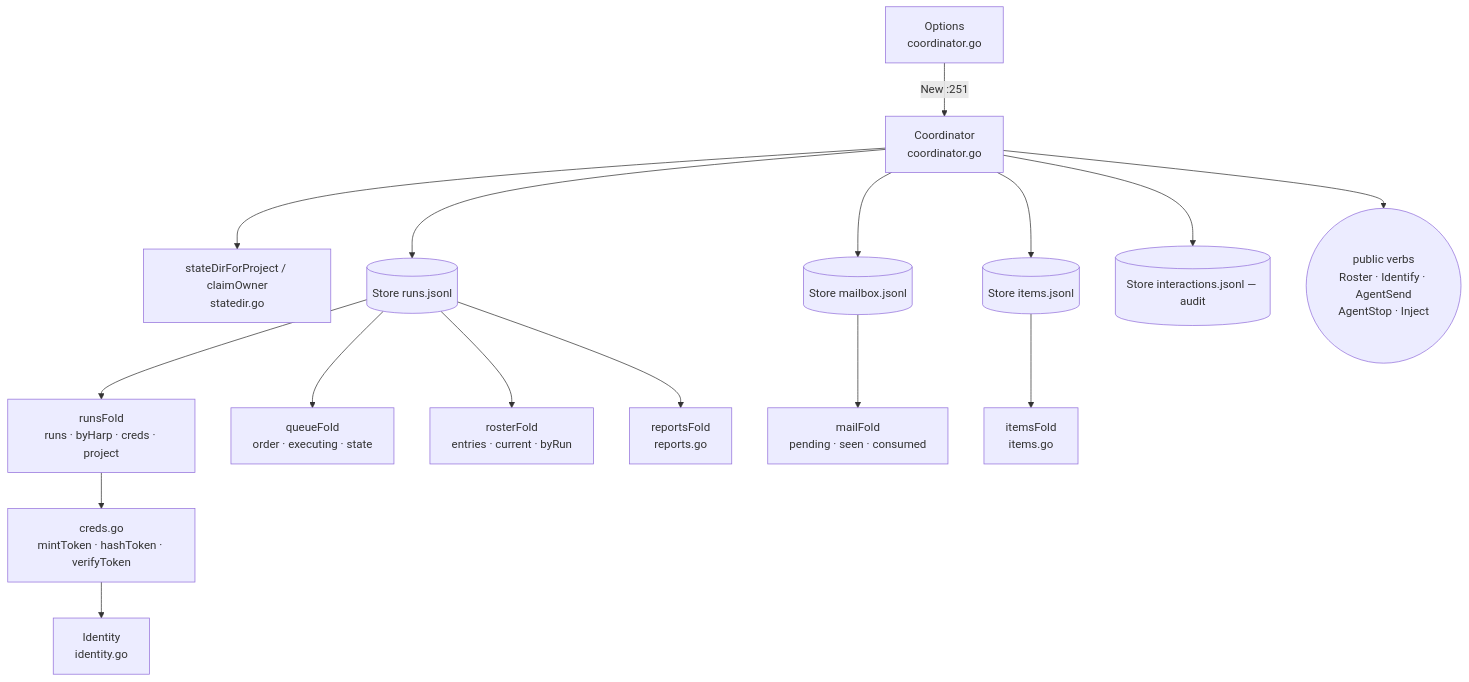
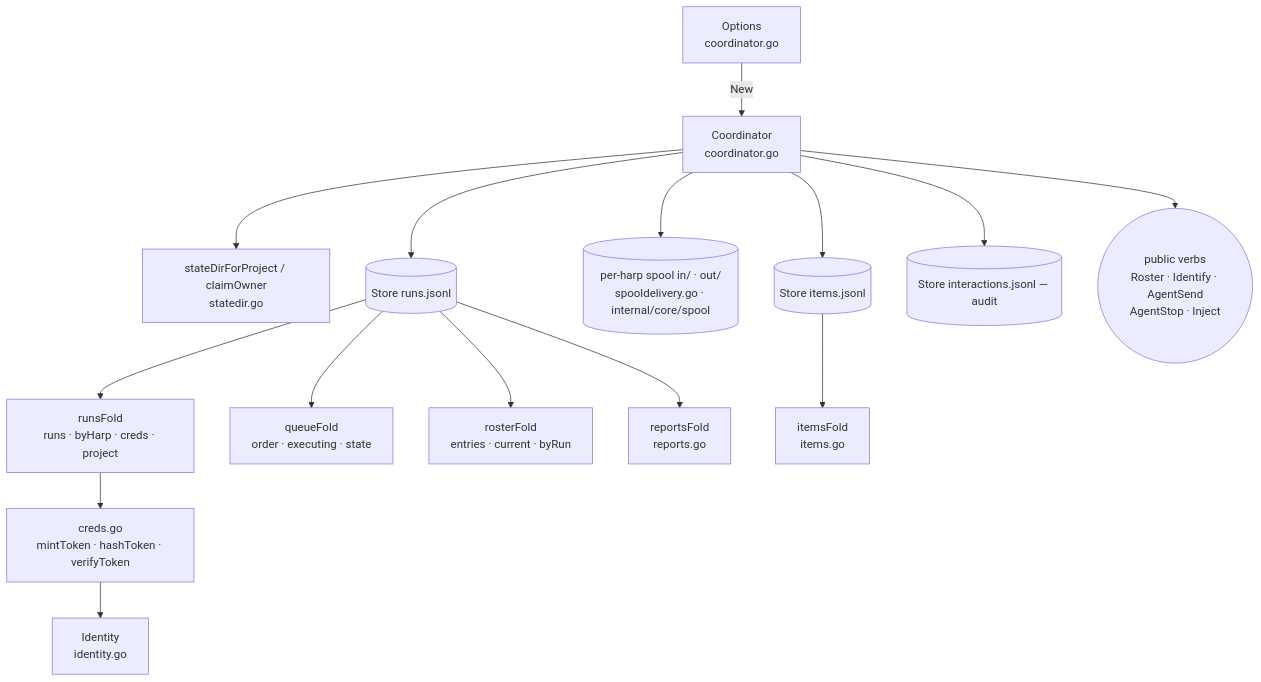
One commit to ctxloom/ctxloom changed the diagram in docs/architecture/agentcoord/coordinator-core.md. Above: the diagram before and after it, drawn with Mermaid. The commit also changed other lines of this file, not shown here.

First line of the commit message:
docs(coord): drop the mailbox store from coordinator-core; the spool replaces it

````diff
--- a/docs/architecture/agentcoord/coordinator-core.md
+++ b/docs/architecture/agentcoord/coordinator-core.md
@@ -14,18 +14,17 @@
 ```mermaid
 flowchart TD
-  OPT["Options<br/>coordinator.go"] -->|New :251| C["Coordinator<br/>coordinator.go"]
+  OPT["Options<br/>coordinator.go"] -->|New| C["Coordinator<br/>coordinator.go"]
   C --> SD["stateDirForProject / claimOwner<br/>statedir.go"]
   C --> RS[("Store runs.jsonl")]
-  C --> MS[("Store mailbox.jsonl")]
+  C --> SP[("per-harp spool in/ · out/<br/>spooldelivery.go · internal/core/spool")]
   C --> IS[("Store items.jsonl")]
   C --> AS[("Store interactions.jsonl — audit")]
   RS --> RF["runsFold<br/>runs · byHarp · creds · project"]
   RS --> QF["queueFold<br/>order · executing · state"]
   RS --> RoF["rosterFold<br/>entries · current · byRun"]
   RS --> RepF["reportsFold<br/>reports.go"]
-  MS --> MF["mailFold<br/>pending · seen · consumed"]
   IS --> IF["itemsFold<br/>items.go"]
   RF --> CR["creds.go<br/>mintToken · hashToken · verifyToken"]
   CR --> ID["Identity<br/>identity.go"]
   C --> API(("public verbs<br/>Roster · Identify · AgentSend<br/>AgentStop · Inject"))
 ```
````
